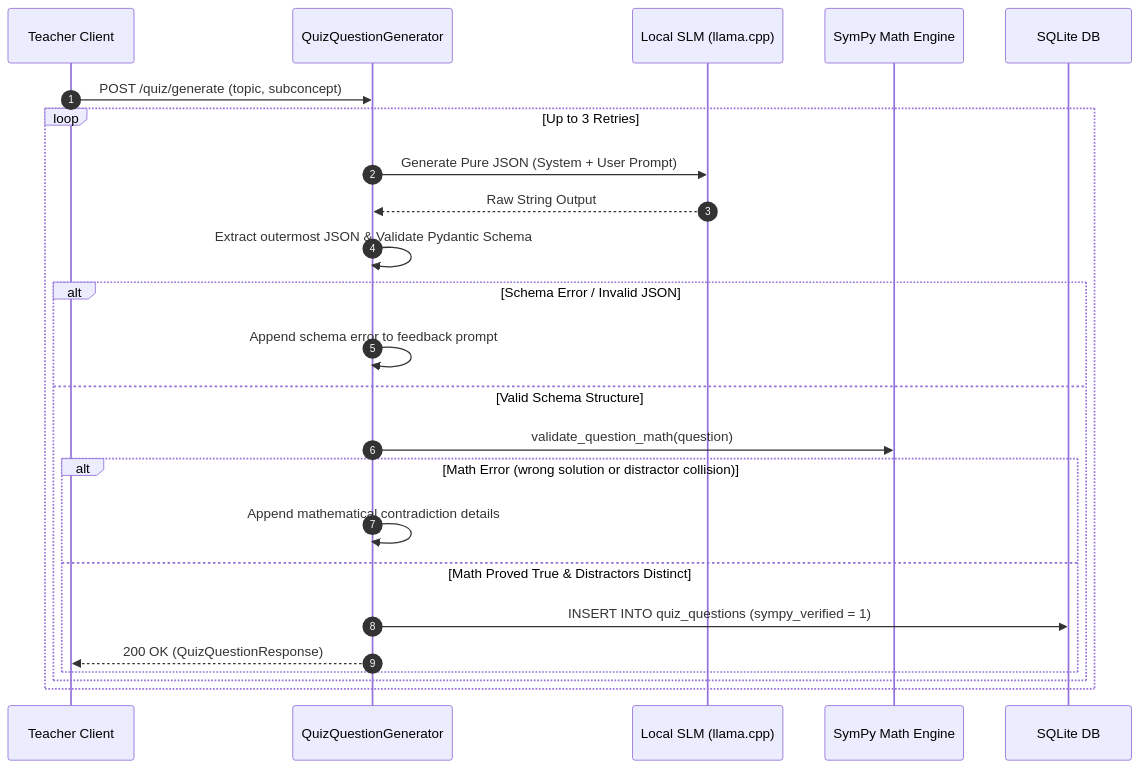
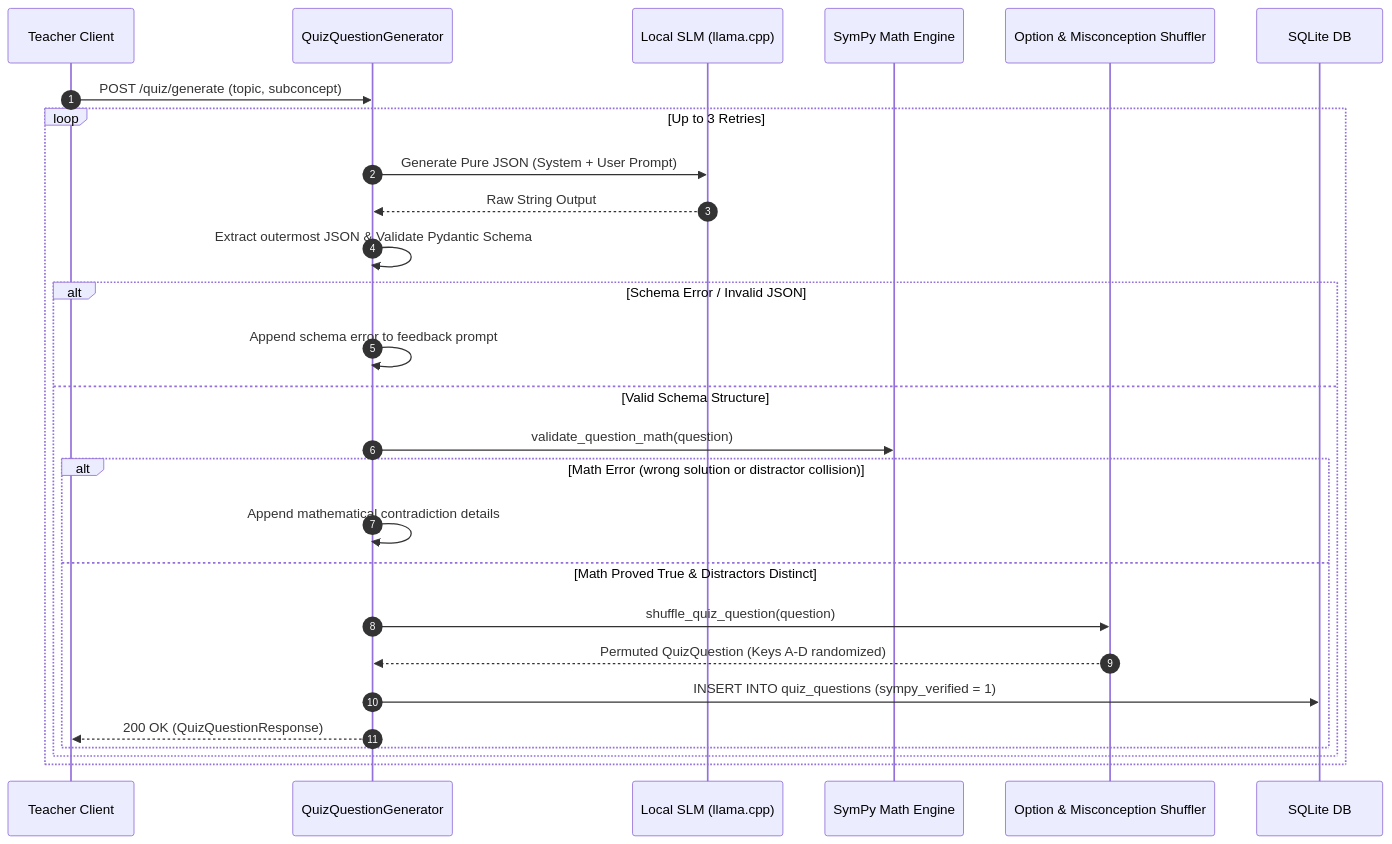
One commit to GabGP/TutorBox changed the third of 3 diagrams in docs/architecture/diagnostic-misconceptions.md. Above: the diagram before and after it, drawn with Mermaid. The commit also changed other lines of this file and 9 other files, not shown here.

First line of the commit message:
feat(quiz): add anti-guessing option and misconception shuffler

````diff
--- a/docs/architecture/diagnostic-misconceptions.md
+++ b/docs/architecture/diagnostic-misconceptions.md
@@ -106,27 +106,30 @@
 ```mermaid
 sequenceDiagram
     autonumber
     participant Teacher as Teacher Client
     participant Engine as QuizQuestionGenerator
     participant LLM as Local SLM (llama.cpp)
     participant SymPy as SymPy Math Engine
+    participant Shuffler as Option & Misconception Shuffler
     participant DB as SQLite DB
 
     Teacher->>Engine: POST /quiz/generate (topic, subconcept)
     loop Up to 3 Retries
         Engine->>LLM: Generate Pure JSON (System + User Prompt)
         LLM-->>Engine: Raw String Output
         Engine->>Engine: Extract outermost JSON & Validate Pydantic Schema
         alt Schema Error / Invalid JSON
             Engine->>Engine: Append schema error to feedback prompt
         else Valid Schema Structure
             Engine->>SymPy: validate_question_math(question)
             alt Math Error (wrong solution or distractor collision)
                 Engine->>Engine: Append mathematical contradiction details
             else Math Proved True & Distractors Distinct
+                Engine->>Shuffler: shuffle_quiz_question(question)
+                Shuffler-->>Engine: Permuted QuizQuestion (Keys A-D randomized)
                 Engine->>DB: INSERT INTO quiz_questions (sympy_verified = 1)
                 Engine-->>Teacher: 200 OK (QuizQuestionResponse)
             end
         end
     end
 ```
````
